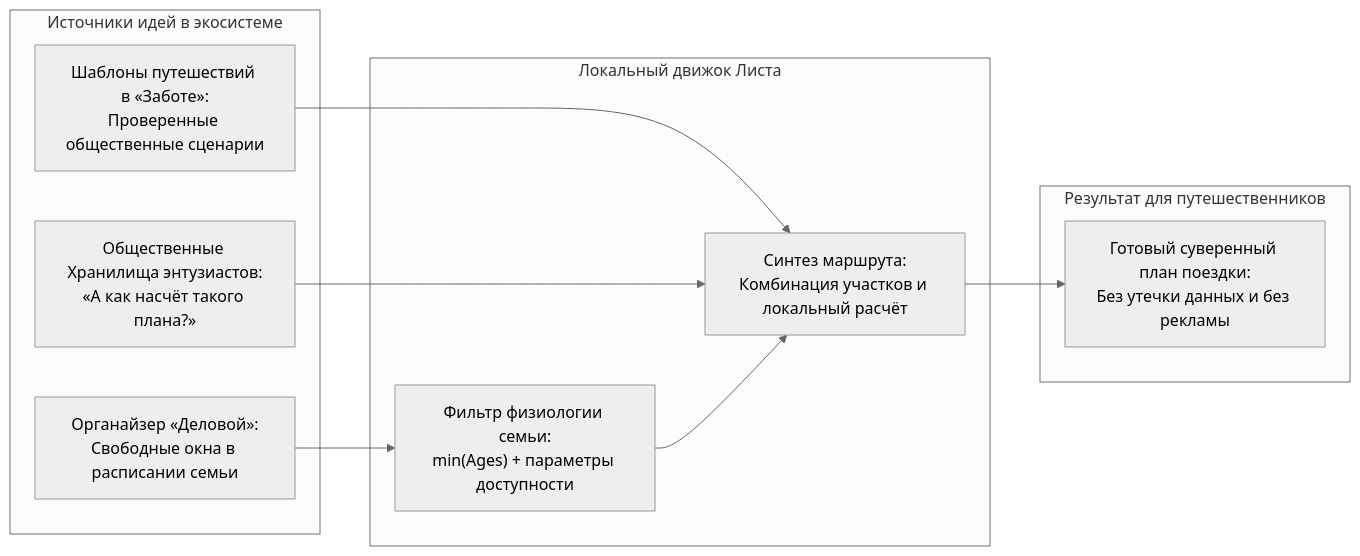
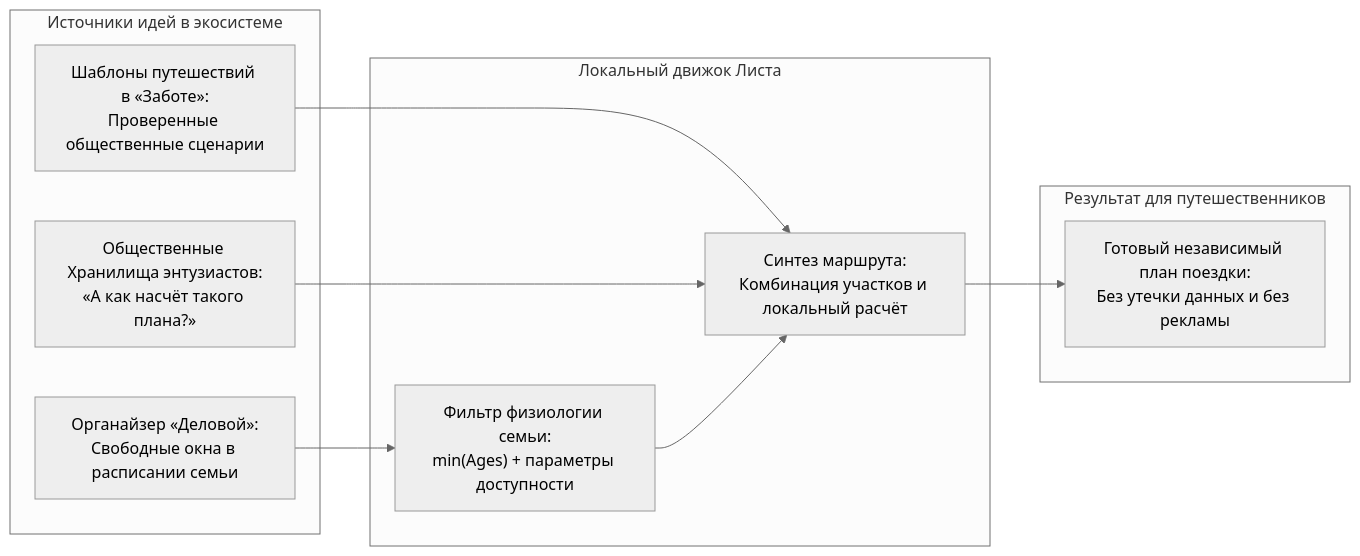
The second of 2 diagrams in shared_docs/whitepapers/applications/uratur/02_Uratur_Family_Age_Differentiation.md (Data-Independence-Network/presentations), drawn with Mermaid (neutral theme) before and after one commit. The commit also changed other lines of this file and 9 other files, not shown here.

````diff
--- a/shared_docs/whitepapers/applications/uratur/02_Uratur_Family_Age_Differentiation.md
+++ b/shared_docs/whitepapers/applications/uratur/02_Uratur_Family_Age_Differentiation.md
@@ -126,23 +126,23 @@
 ```mermaid
 flowchart LR
     subgraph Sources ["Источники идей в экосистеме"]
         Templates["Шаблоны путешествий в «Заботе»:<br/>Проверенные общественные сценарии"]
         PublicRepos["Общественные Хранилища энтузиастов:<br/>«А как насчёт такого плана?»"]
         LocalPlanner["Органайзер «Деловой»:<br/>Свободные окна в расписании семьи"]
     end
 
     subgraph LeafEngine ["Локальный движок Листа"]
         Filter["Фильтр физиологии семьи:<br/>min(Ages) + параметры доступности"]
         Combiner["Синтез маршрута:<br/>Комбинация участков и локальный расчёт"]
     end
 
     subgraph Out ["Результат для путешественников"]
-        FinalPlan["Готовый суверенный план поездки:<br/>Без утечки данных и без рекламы"]
+        FinalPlan["Готовый независимый план поездки:<br/>Без утечки данных и без рекламы"]
     end
 
     Templates --> Combiner
     PublicRepos --> Combiner
     LocalPlanner --> Filter
     Filter --> Combiner
     Combiner --> FinalPlan
 ```
````
